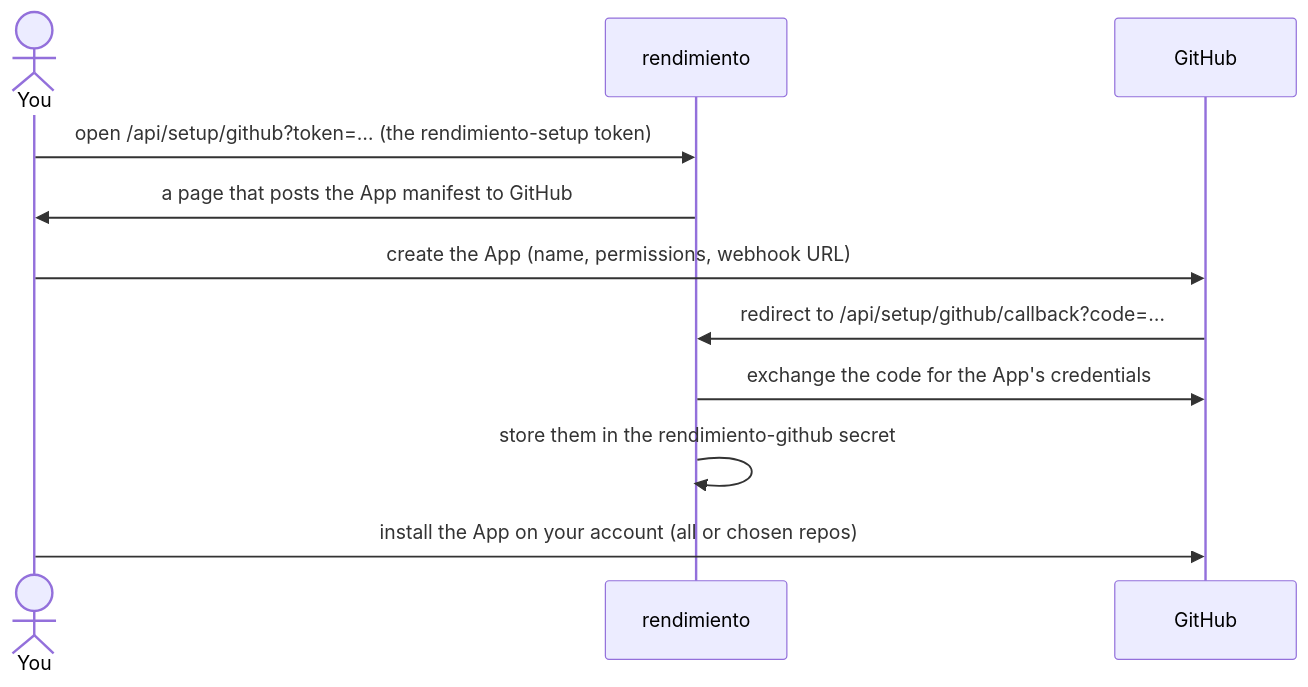
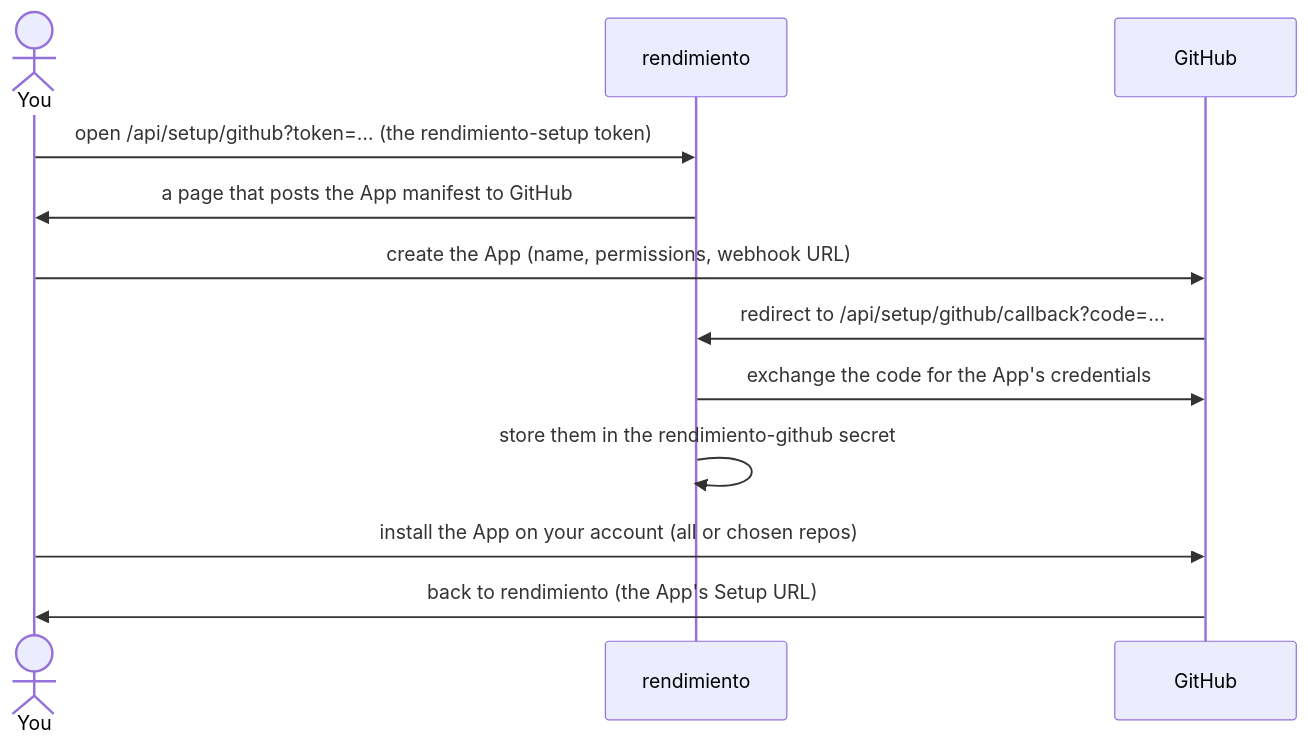
The second of 2 diagrams in docs/content/environment/deploy.md (rendimiento-ai/rendimiento), drawn with Mermaid before and after one commit. The commit also changed 4 other files, not shown here.

First line of the commit message:
GitHub brings the person back to rendimiento after they choose the repositories

````diff
--- a/docs/content/environment/deploy.md
+++ b/docs/content/environment/deploy.md
@@ -121,13 +121,14 @@
 ```mermaid
 sequenceDiagram
     actor You
     participant R as rendimiento
     participant G as GitHub
     You->>R: open /api/setup/github?token=… (the rendimiento-setup token)
     R->>You: a page that posts the App manifest to GitHub
     You->>G: create the App (name, permissions, webhook URL)
     G->>R: redirect to /api/setup/github/callback?code=…
     R->>G: exchange the code for the App's credentials
     R->>R: store them in the rendimiento-github secret
     You->>G: install the App on your account (all or chosen repos)
+    G->>You: back to rendimiento (the App's Setup URL)
 ```
````
